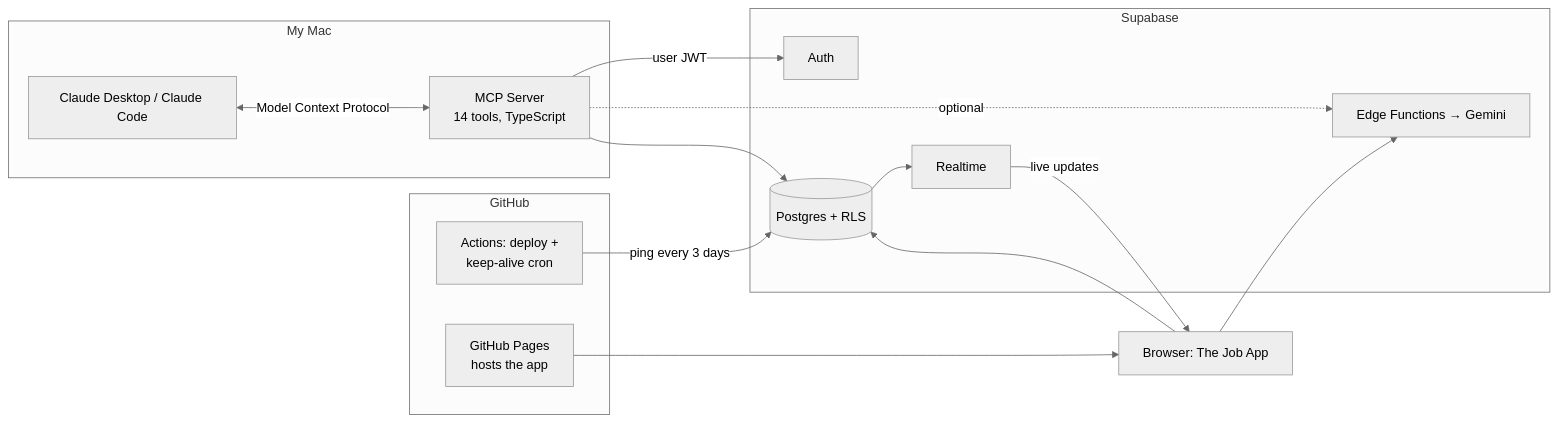
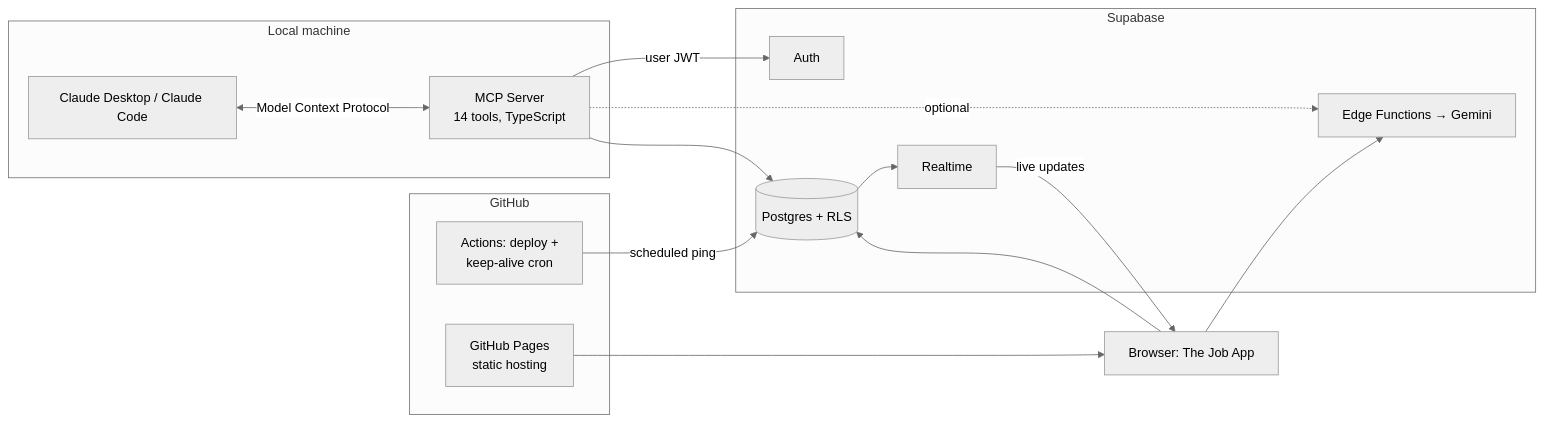
Before and after one commit to alihuda1992/JobApp: the first of 2 diagrams in ARCHITECTURE.md, drawn with Mermaid (neutral theme). The commit also changed other lines of this file, not shown here.

Commit message:
Rewrite ARCHITECTURE.md as neutral public-facing documentation

````diff
--- a/ARCHITECTURE.md
+++ b/ARCHITECTURE.md
@@ -81,31 +7,31 @@
 ```mermaid
 flowchart LR
-    subgraph My Mac
+    subgraph Local machine
         CD[Claude Desktop / Claude Code]
         MCP[MCP Server<br/>14 tools, TypeScript]
         CD <-->|Model Context Protocol| MCP
     end
 
     subgraph Supabase
         AUTH[Auth]
         PG[(Postgres + RLS)]
         RT[Realtime]
         EF[Edge Functions → Gemini]
     end
 
     subgraph GitHub
-        GHP[GitHub Pages<br/>hosts the app]
+        GHP[GitHub Pages<br/>static hosting]
         GHA[Actions: deploy +<br/>keep-alive cron]
     end
 
-    BR[Browser: The Job App] 
+    BR[Browser: The Job App]
 
     MCP -->|user JWT| AUTH
     MCP --> PG
     MCP -.->|optional| EF
     PG --> RT -->|live updates| BR
     BR --> PG
     BR --> EF
     GHP --> BR
-    GHA -->|ping every 3 days| PG
+    GHA -->|scheduled ping| PG
 ```
````
